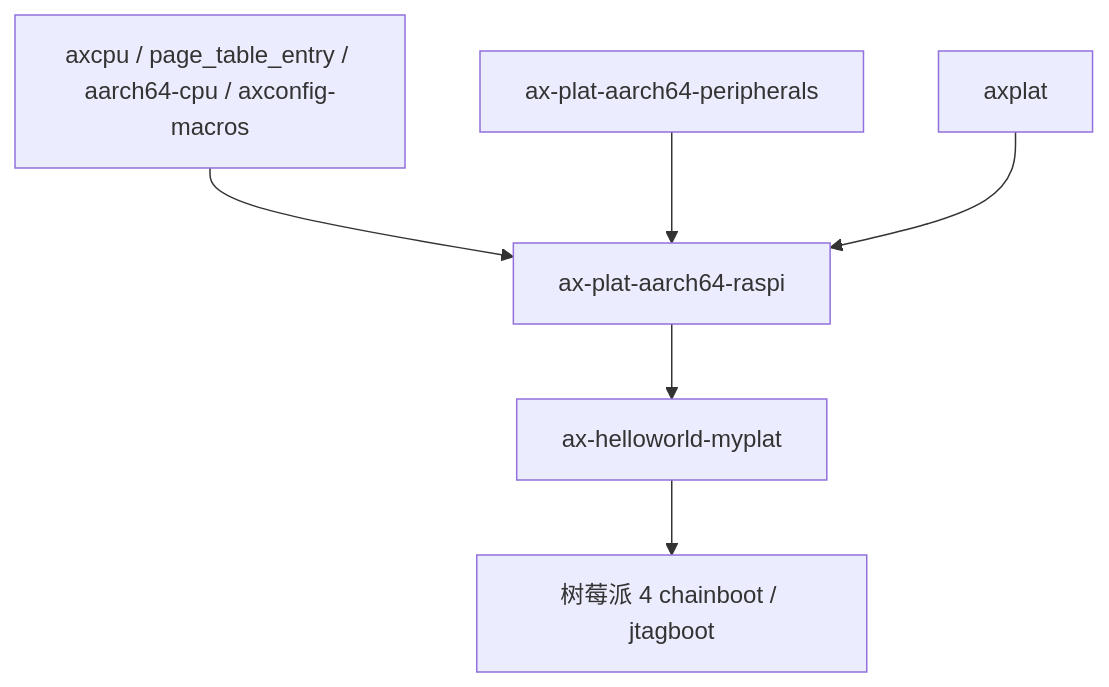
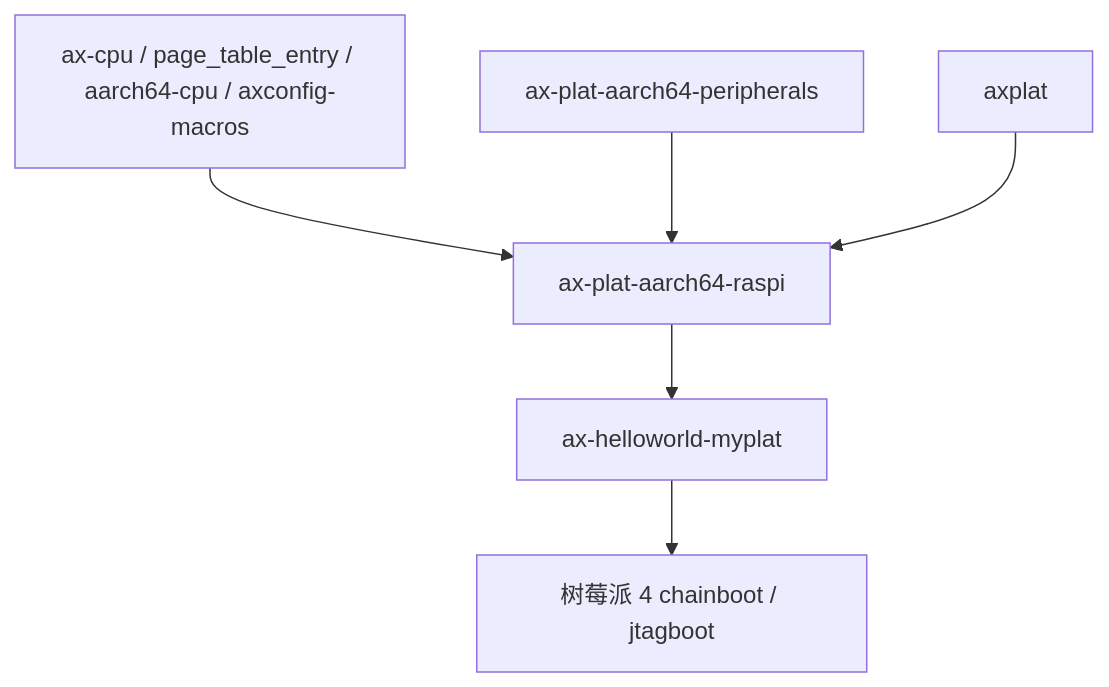
Before and after one commit to zKurisu/tgoskits: the second of 2 diagrams in docs/crates/ax-plat-aarch64-raspi.md, drawn with Mermaid. The commit also changed other lines of this file and 106 other files, not shown here.

Commit message:
rename axcpu to ax-cpu

````diff
--- a/docs/crates/ax-plat-aarch64-raspi.md
+++ b/docs/crates/ax-plat-aarch64-raspi.md
@@ -156,8 +156,8 @@
 ```mermaid
 graph TD
-    A[axcpu / page_table_entry / aarch64-cpu / axconfig-macros] --> B[ax-plat-aarch64-raspi]
+    A[ax-cpu / page_table_entry / aarch64-cpu / axconfig-macros] --> B[ax-plat-aarch64-raspi]
     C[ax-plat-aarch64-peripherals] --> B
     D[axplat] --> B
     B --> E[ax-helloworld-myplat]
     E --> F[树莓派 4 chainboot / jtagboot]
 ```
````
